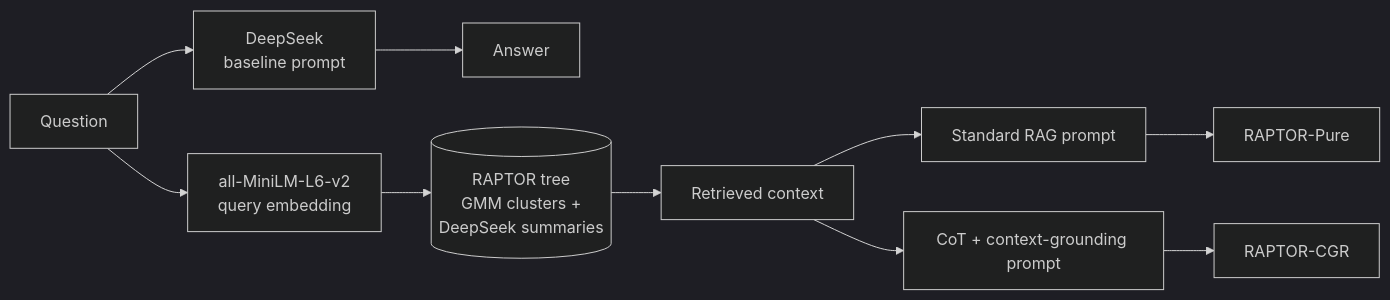
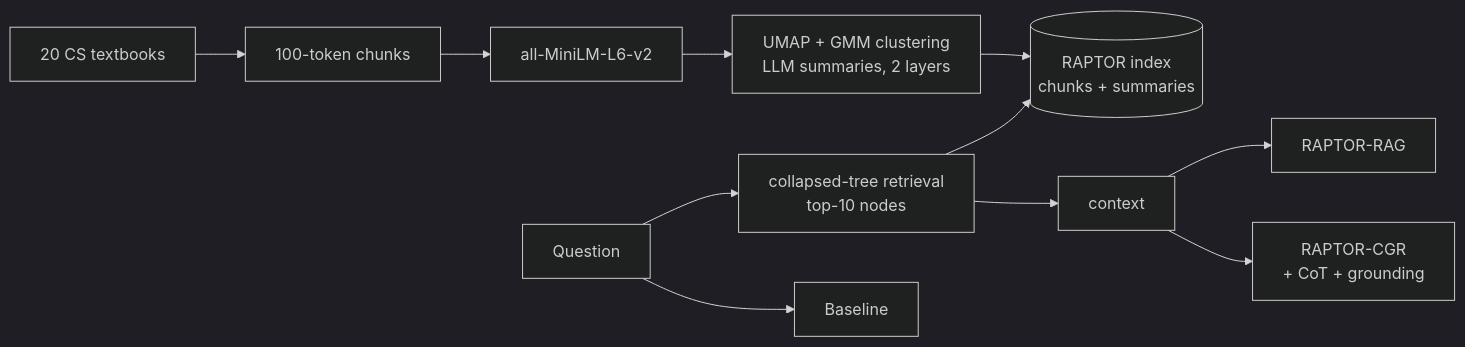
The diagram in README.md (benleung2004/RAPTOR-CGR), drawn with Mermaid (dark theme) before and after one commit. The commit also changed other lines of this file and 54 other files, not shown here.

````diff
--- a/README.md
+++ b/README.md
@@ -40,8 +49,10 @@
 ```mermaid
 flowchart LR
-    Q[Question] --> B[DeepSeek<br/>baseline prompt] --> A1[Answer]
-    Q --> E[all-MiniLM-L6-v2<br/>query embedding] --> T[(RAPTOR tree<br/>GMM clusters +<br/>DeepSeek summaries)]
-    T --> C[Retrieved context]
-    C --> P[Standard RAG prompt] --> A2[RAPTOR-Pure]
-    C --> G[CoT + context-grounding prompt] --> A3[RAPTOR-CGR]
+    T[20 CS textbooks] --> C[100-token chunks] --> E[all-MiniLM-L6-v2] --> G[UMAP + GMM clustering<br/>LLM summaries, 2 layers]
+    G --> I[(RAPTOR index<br/>chunks + summaries)]
+    Q[Question] --> R[collapsed-tree retrieval<br/>top-10 nodes] --> I
+    R --> X[context]
+    Q --> B[Baseline]
+    X --> P[RAPTOR-RAG]
+    X --> CGR[RAPTOR-CGR<br/>+ CoT + grounding]
 ```
````
